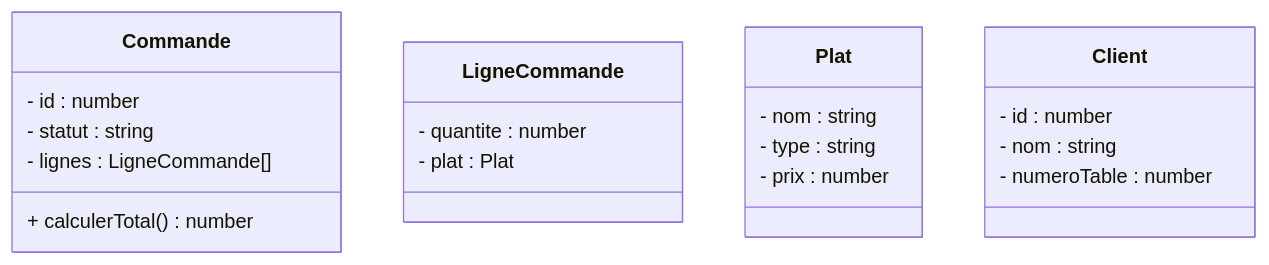
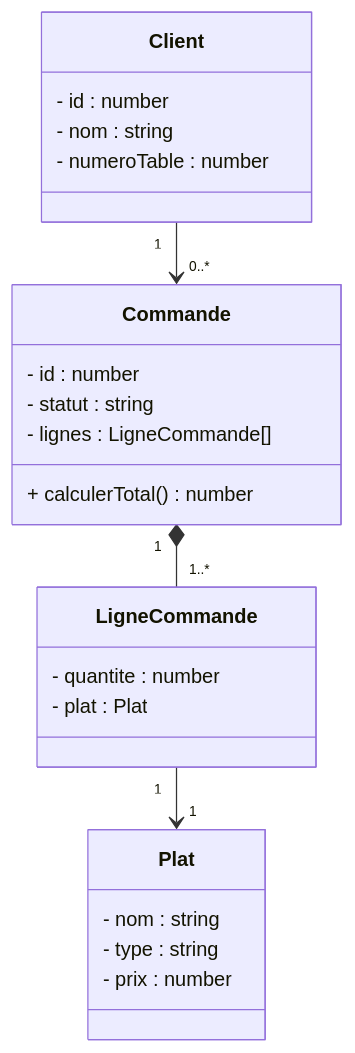
One commit to Marjo14/Exo-marre changed the diagram in Commande-Restaurant/commande-restaurant.md. Above: the diagram before and after it, drawn with Mermaid.

Commit message:
Last final version diagrame with UML

````diff
--- a/Commande-Restaurant/commande-restaurant.md
+++ b/Commande-Restaurant/commande-restaurant.md
@@ -2,27 +2,28 @@
  ```mermaid
 classDiagram
 class Commande {
   - id : number
   - statut : string
   - lignes : LigneCommande[]
   + calculerTotal() number
 }
 class LigneCommande {
   - quantite : number
   - plat : Plat
 }
-
 class Plat {
   - nom : string
   - type : string
   - prix : number
 }
-
 class Client {
   - id : number
   - nom : string
   - numeroTable : number
 }
 
+Client "1" --> "0..*" Commande
+Commande "1" *-- "1..*" LigneCommande
+LigneCommande "1" --> "1" Plat
 
 ```
````
